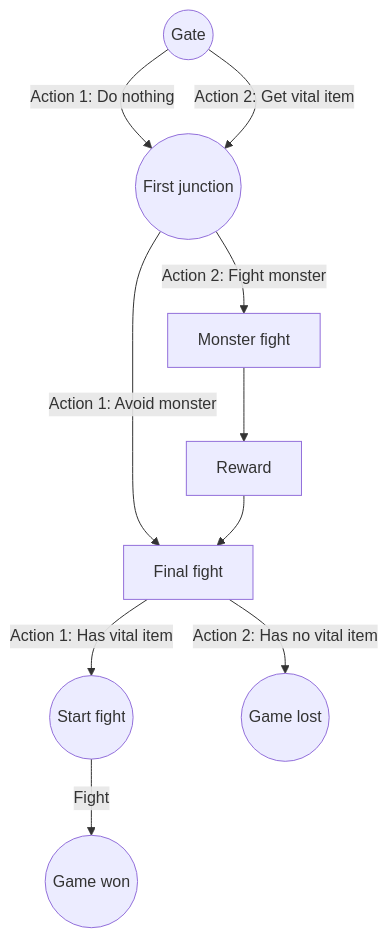
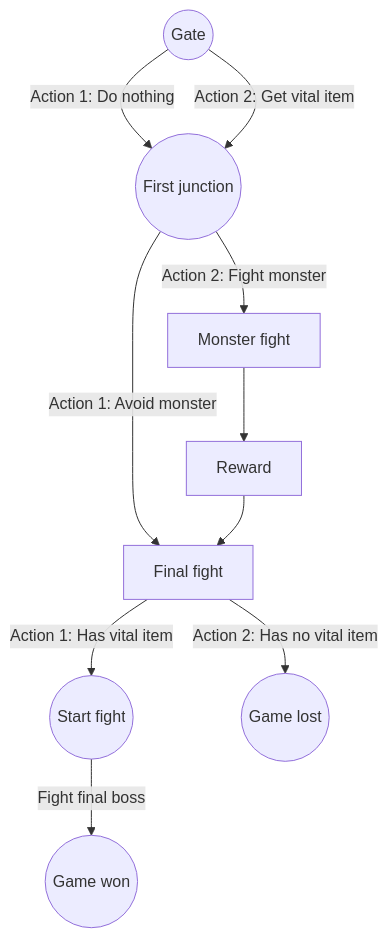
One commit to richelbilderbeek/article_city_of_thieves changed the first of 2 diagrams in README.md. Above: the diagram before and after it, drawn with Mermaid. The commit also changed other lines of this file, not shown here.

````diff
--- a/README.md
+++ b/README.md
@@ -605,13 +427,12 @@
 ```mermaid
 graph TD;
-    0((Gate))-->|Action 1: Do nothing|100[Guard];
+    0((Gate))-->|Action 1: Do nothing|100;
     0-->|Action 2: Get vital item|100;
-
     100((First junction))-->|Action 1: Avoid monster|200[Final fight];
     100-->|Action 2: Fight monster|110[Monster fight];
     110-->120[Reward]
     120-->200
     200-->|Action 1: Has vital item|210((Start fight));
     200-->|Action 2: Has no vital item|400((Game lost));
-    210-->|Fight|300((Game won));
+    210-->|Fight final boss|300((Game won));
 ```
````
